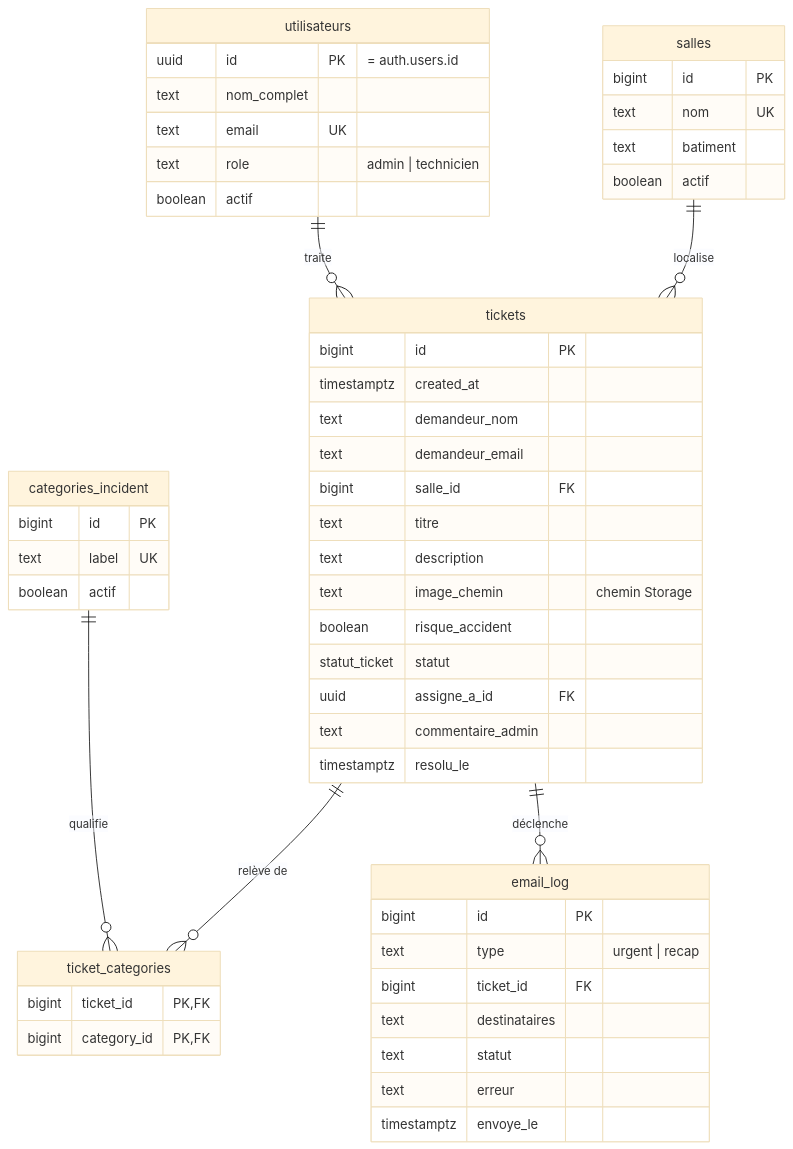
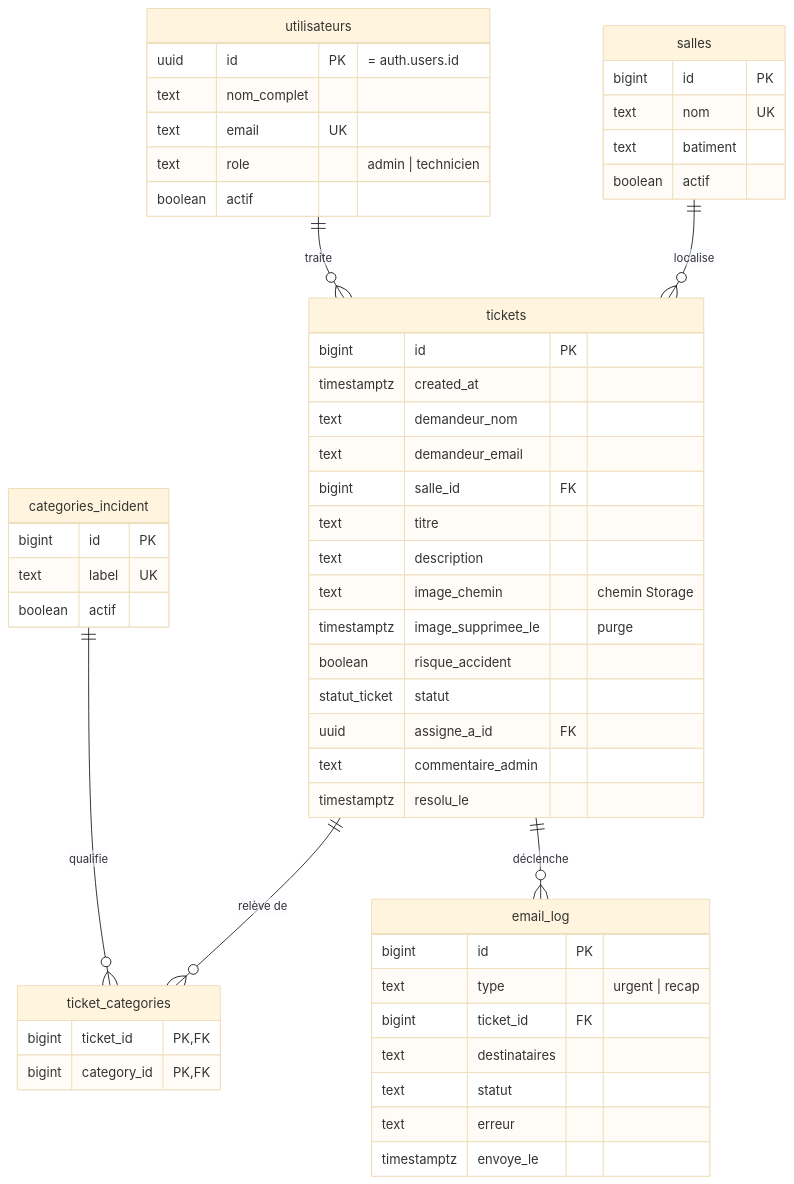
One commit to Orionis312050/cesihelpdesk changed the diagram in docs/03-base-de-donnees.md. Above: the diagram before and after it, drawn with Mermaid (base theme). The commit also changed other lines of this file and 25 other files, not shown here.

````diff
--- a/docs/03-base-de-donnees.md
+++ b/docs/03-base-de-donnees.md
@@ -5,55 +5,56 @@
 ```mermaid
 erDiagram
     salles ||--o{ tickets : "localise"
     utilisateurs ||--o{ tickets : "traite"
     tickets ||--o{ ticket_categories : "relève de"
     categories_incident ||--o{ ticket_categories : "qualifie"
     tickets ||--o{ email_log : "déclenche"
 
     salles {
         bigint id PK
         text nom UK
         text batiment
         boolean actif
     }
     categories_incident {
         bigint id PK
         text label UK
         boolean actif
     }
     utilisateurs {
         uuid id PK "= auth.users.id"
         text nom_complet
         text email UK
         text role "admin | technicien"
         boolean actif
     }
     tickets {
         bigint id PK
         timestamptz created_at
         text demandeur_nom
         text demandeur_email
         bigint salle_id FK
         text titre
         text description
         text image_chemin "chemin Storage"
+        timestamptz image_supprimee_le "purge"
         boolean risque_accident
         statut_ticket statut
         uuid assigne_a_id FK
         text commentaire_admin
         timestamptz resolu_le
     }
     ticket_categories {
         bigint ticket_id PK,FK
         bigint category_id PK,FK
     }
     email_log {
         bigint id PK
         text type "urgent | recap"
         bigint ticket_id FK
         text destinataires
         text statut
         text erreur
         timestamptz envoye_le
     }
 ```
````
